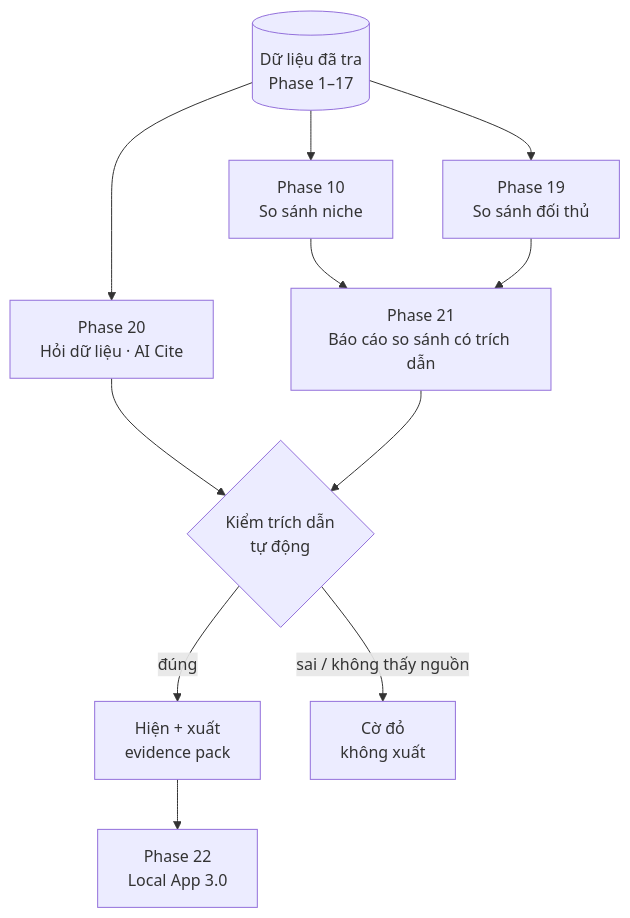
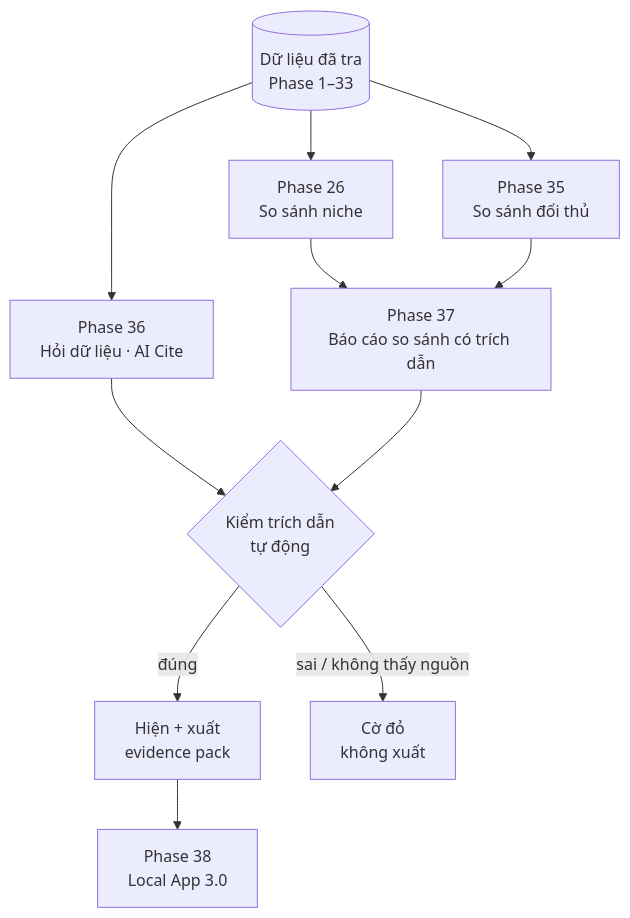
Before and after one commit to nvminhtu/niche-radar-docs: the diagram in docs/web/version-3.md, drawn with Mermaid. The commit also changed other lines of this file and 206 other files, not shown here.

````diff
--- a/docs/web/version-3.md
+++ b/docs/web/version-3.md
@@ -23,12 +23,12 @@
 ```mermaid
 flowchart TB
-  DB[(Dữ liệu đã tra<br/>Phase 1–17)] --> N[Phase 10<br/>So sánh niche]
-  DB --> C[Phase 19<br/>So sánh đối thủ]
-  DB --> Q[Phase 20<br/>Hỏi dữ liệu · AI Cite]
-  N & C --> R[Phase 21<br/>Báo cáo so sánh có trích dẫn]
+  DB[(Dữ liệu đã tra<br/>Phase 1–33)] --> N[Phase 26<br/>So sánh niche]
+  DB --> C[Phase 35<br/>So sánh đối thủ]
+  DB --> Q[Phase 36<br/>Hỏi dữ liệu · AI Cite]
+  N & C --> R[Phase 37<br/>Báo cáo so sánh có trích dẫn]
   Q --> V{Kiểm trích dẫn<br/>tự động}
   R --> V
   V -->|đúng| OK[Hiện + xuất<br/>evidence pack]
   V -->|sai / không thấy nguồn| X[Cờ đỏ<br/>không xuất]
-  OK --> L[Phase 22<br/>Local App 3.0]
+  OK --> L[Phase 38<br/>Local App 3.0]
 ```
````
